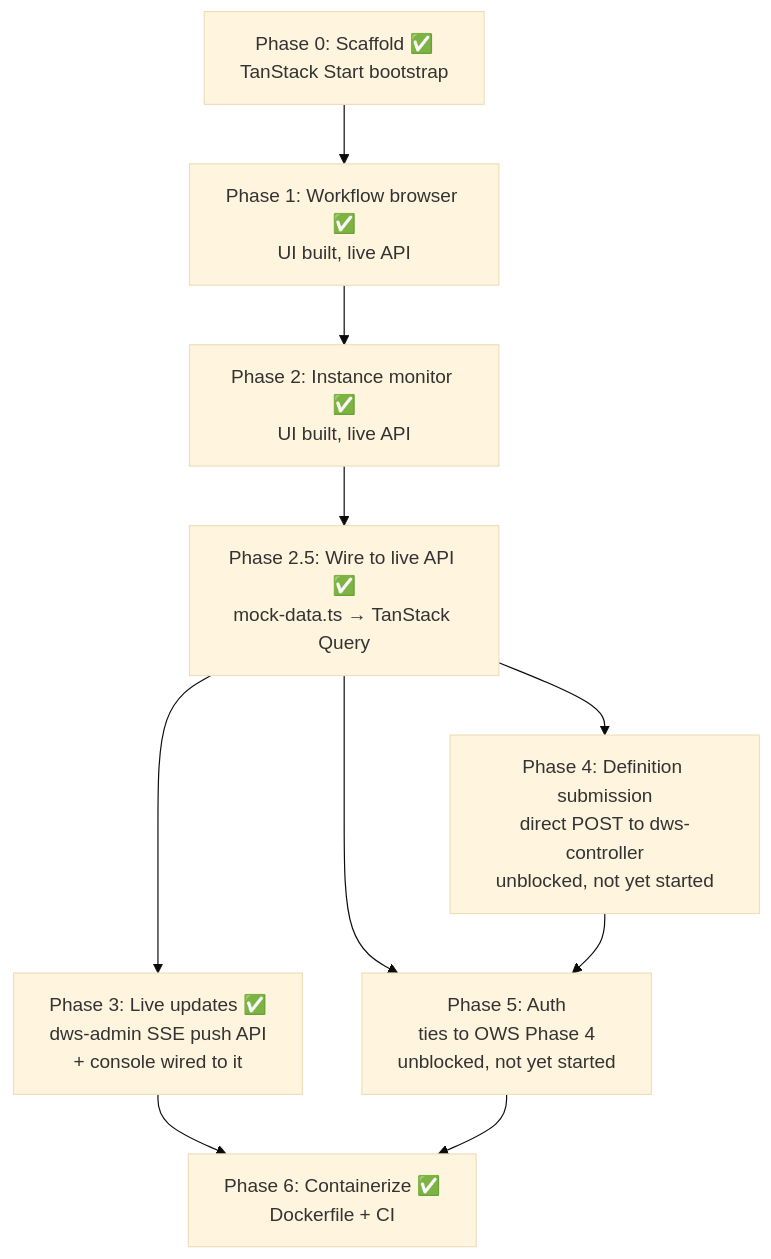
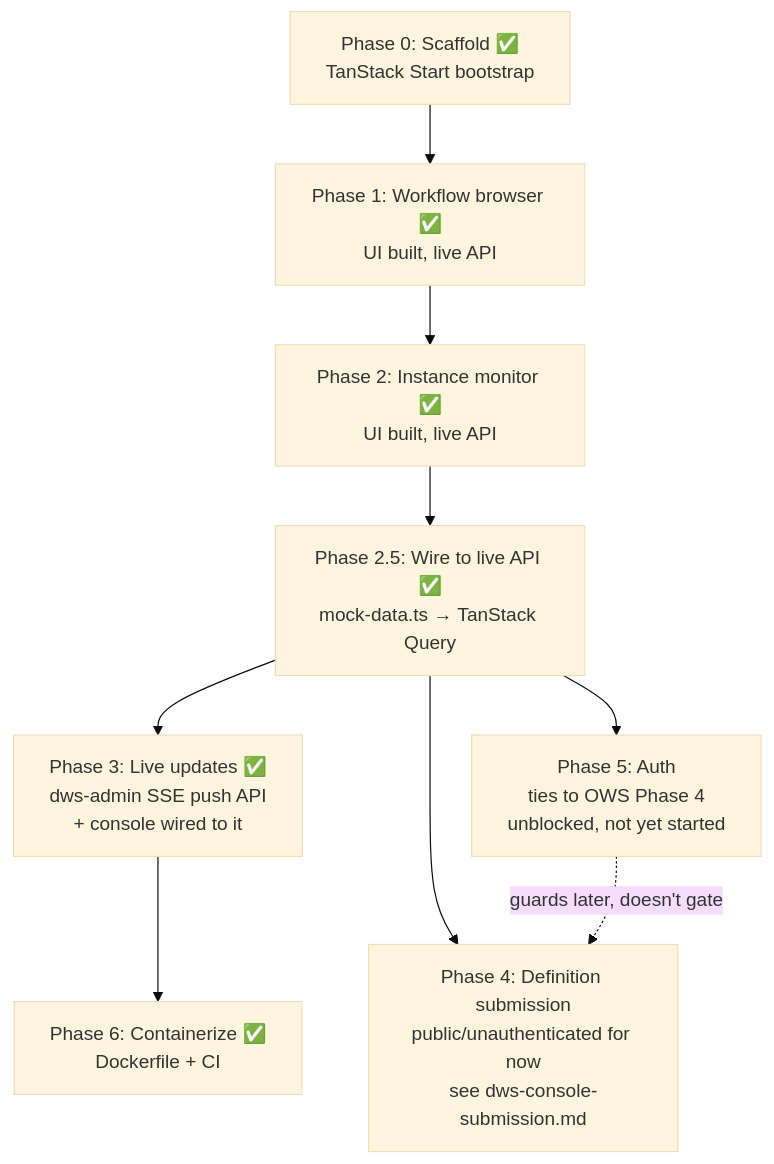
Before and after one commit to tonylibs/dapr-workflow-spec: the diagram in docs/roadmaps/dws-console.md, drawn with Mermaid (base theme). The commit also changed other lines of this file and 3 other files, not shown here.

Commit message:
docs(roadmaps): update roadmaps

````diff
--- a/docs/roadmaps/dws-console.md
+++ b/docs/roadmaps/dws-console.md
@@ -32,12 +34,11 @@
 ```mermaid
 flowchart TD
   P0["Phase 0: Scaffold ✅<br/>TanStack Start bootstrap"] --> P1["Phase 1: Workflow browser ✅<br/>UI built, live API"]
   P1 --> P2["Phase 2: Instance monitor ✅<br/>UI built, live API"]
   P2 --> P25["Phase 2.5: Wire to live API ✅<br/>mock-data.ts → TanStack Query"]
   P25 --> P3["Phase 3: Live updates ✅<br/>dws-admin SSE push API<br/>+ console wired to it"]
-  P25 --> P4["Phase 4: Definition submission<br/>direct POST to dws-controller<br/>unblocked, not yet started"]
+  P25 --> P4["Phase 4: Definition submission<br/>public/unauthenticated for now<br/>see dws-console-submission.md"]
   P25 --> P5["Phase 5: Auth<br/>ties to OWS Phase 4<br/>unblocked, not yet started"]
-  P4 --> P5
   P3 --> P6["Phase 6: Containerize ✅<br/>Dockerfile + CI"]
-  P5 --> P6
+  P5 -.guards later, doesn't gate.-> P4
 ```
````
